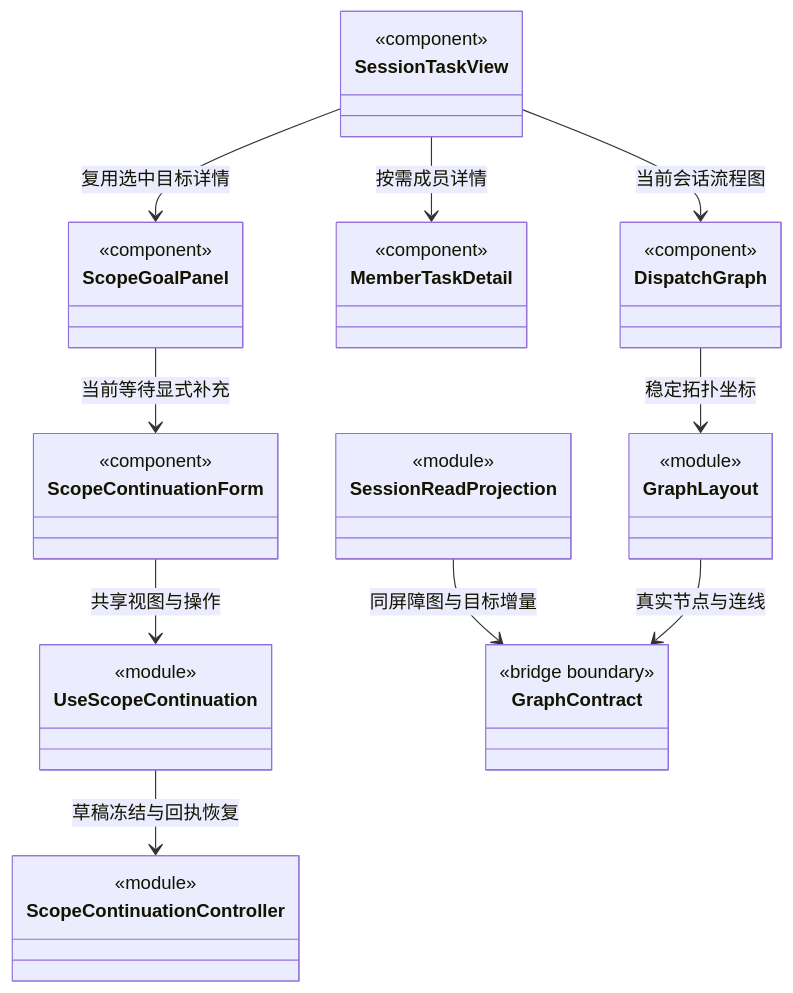
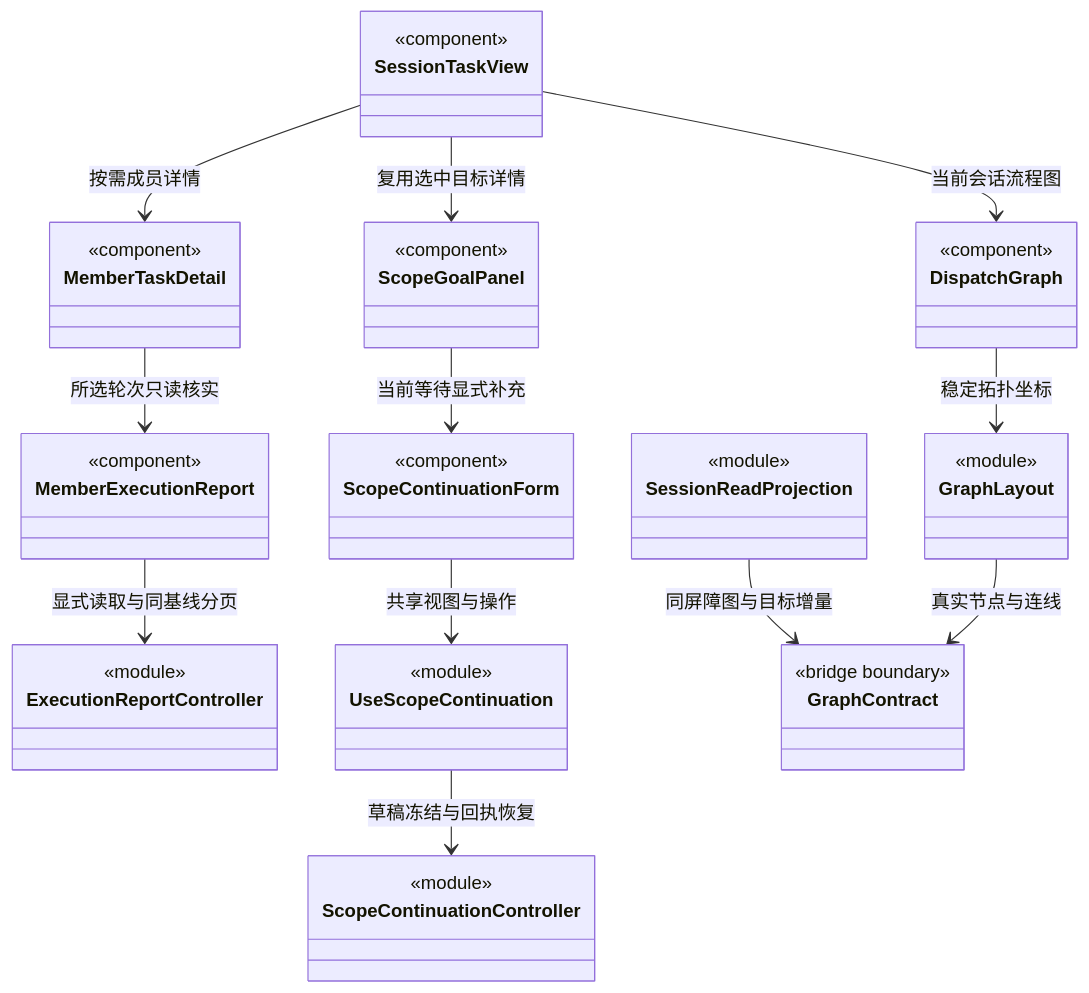
Before and after one commit to nan023062/cbim: the diagram in src/frontend/tasks/CONTRACT.md, drawn with Mermaid. The commit also changed other lines of this file and 55 other files, not shown here.

````diff
--- a/src/frontend/tasks/CONTRACT.md
+++ b/src/frontend/tasks/CONTRACT.md
@@ -76,22 +88,26 @@
 ```mermaid
 classDiagram
 class SessionTaskView { <<component>> }
 class DispatchGraph { <<component>> }
 class GraphLayout { <<module>> }
 class MemberTaskDetail { <<component>> }
+class MemberExecutionReport { <<component>> }
+class ExecutionReportController { <<module>> }
 class ScopeGoalPanel { <<component>> }
 class ScopeContinuationForm { <<component>> }
 class ScopeContinuationController { <<module>> }
 class UseScopeContinuation { <<module>> }
 class SessionReadProjection { <<module>> }
 class GraphContract { <<bridge boundary>> }
 SessionTaskView --> DispatchGraph : 当前会话流程图
 SessionTaskView --> MemberTaskDetail : 按需成员详情
+MemberTaskDetail --> MemberExecutionReport : 所选轮次只读核实
+MemberExecutionReport --> ExecutionReportController : 显式读取与同基线分页
 SessionTaskView --> ScopeGoalPanel : 复用选中目标详情
 ScopeGoalPanel --> ScopeContinuationForm : 当前等待显式补充
 ScopeContinuationForm --> UseScopeContinuation : 共享视图与操作
 UseScopeContinuation --> ScopeContinuationController : 草稿冻结与回执恢复
 SessionReadProjection --> GraphContract : 同屏障图与目标增量
 DispatchGraph --> GraphLayout : 稳定拓扑坐标
 GraphLayout --> GraphContract : 真实节点与连线
 ```
````
